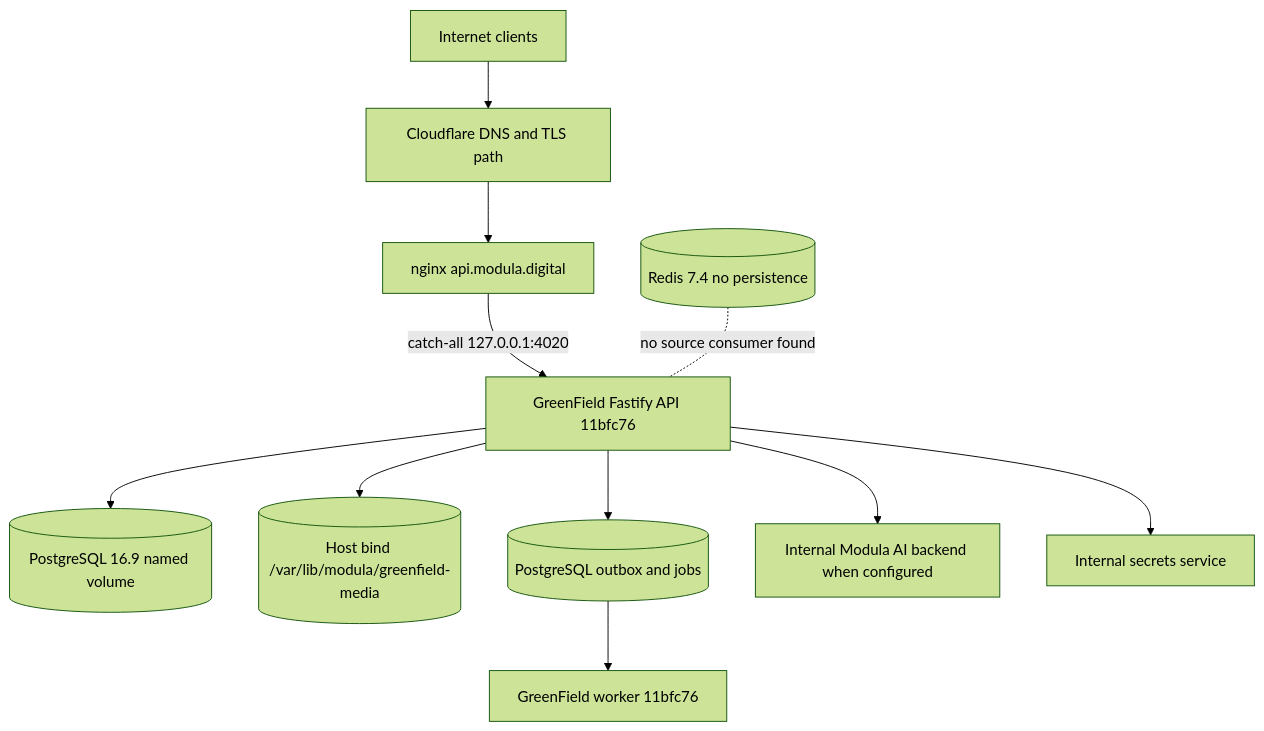
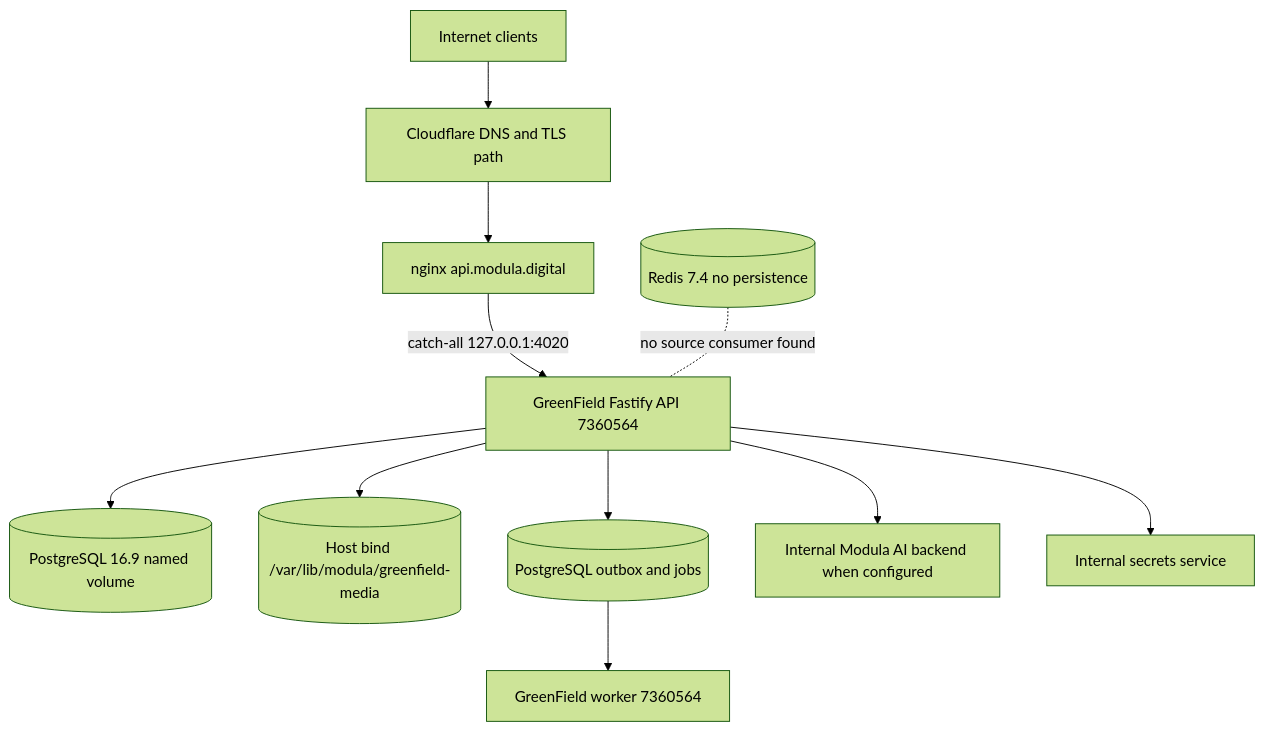
The diagram in docs/audits/api-atlas-01/00-production-truth.md (modula-mod/modula-latest), drawn with Mermaid (forest theme) before and after one commit. The commit also changed other lines of this file and 27 other files, not shown here.

````diff
--- a/docs/audits/api-atlas-01/00-production-truth.md
+++ b/docs/audits/api-atlas-01/00-production-truth.md
@@ -32,13 +32,13 @@
 ```mermaid
 flowchart TD
   internet[Internet clients] --> dns[Cloudflare DNS and TLS path]
   dns --> nginx[nginx api.modula.digital]
-  nginx -->|catch-all 127.0.0.1:4020| api[GreenField Fastify API 11bfc76]
+  nginx -->|catch-all 127.0.0.1:4020| api[GreenField Fastify API 7360564]
   api --> postgres[(PostgreSQL 16.9 named volume)]
   api --> media[(Host bind /var/lib/modula/greenfield-media)]
   api --> outbox[(PostgreSQL outbox and jobs)]
-  outbox --> worker[GreenField worker 11bfc76]
+  outbox --> worker[GreenField worker 7360564]
   api --> ai[Internal Modula AI backend when configured]
   api --> secrets[Internal secrets service]
   redis[(Redis 7.4 no persistence)] -. no source consumer found .- api
 ```
````
